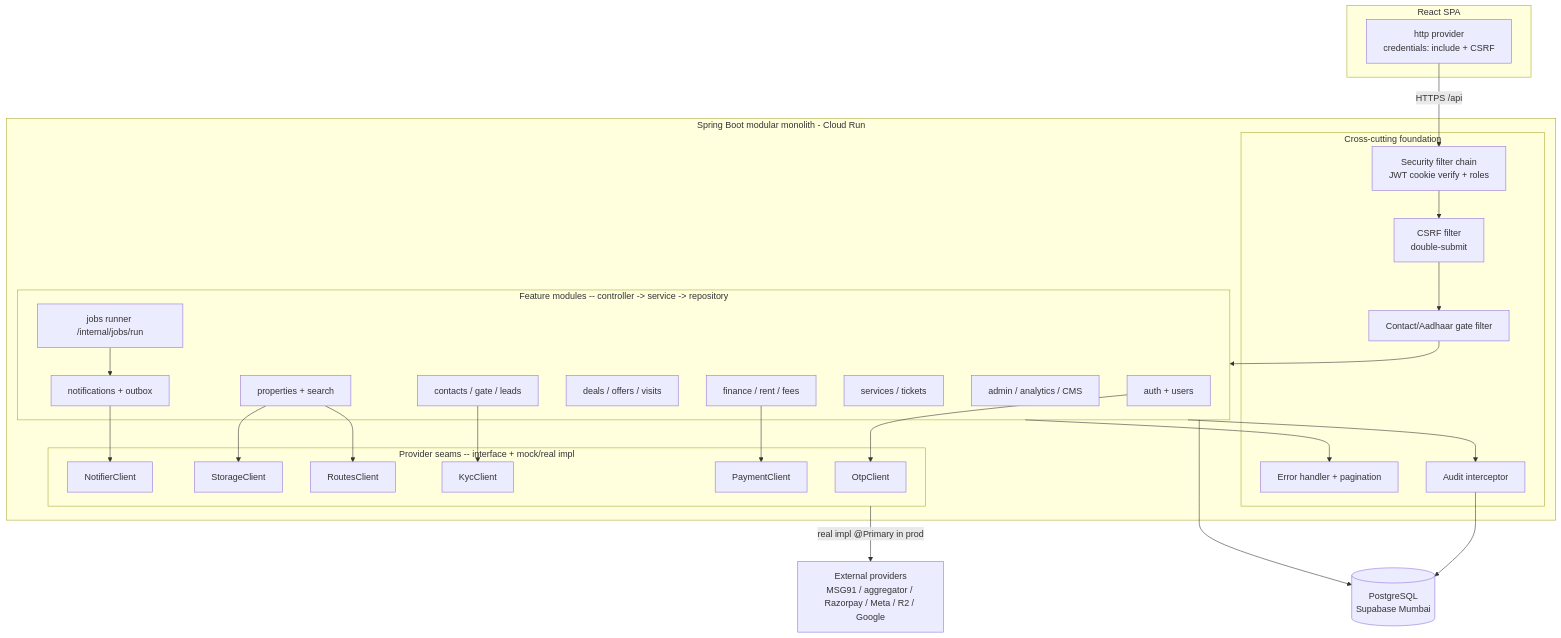
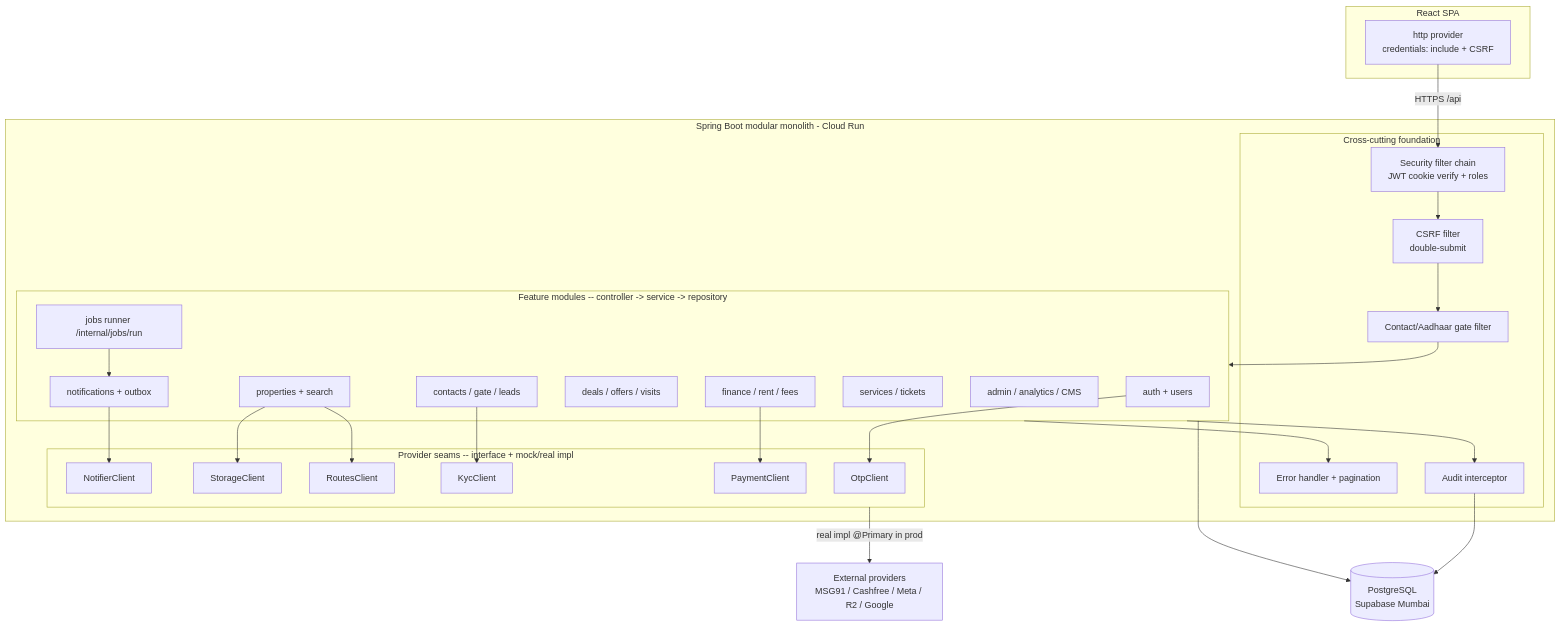
One commit to yatishpatil101/Learning changed the third of 11 diagrams in docs/system/platform-architecture.md. Above: the diagram before and after it, drawn with Mermaid. The commit also changed other lines of this file and 448 other files, not shown here.

````diff
--- a/docs/system/platform-architecture.md
+++ b/docs/system/platform-architecture.md
@@ -264,53 +264,53 @@
 ```mermaid
 graph TB
     subgraph SPA[React SPA]
         HTTP[http provider<br/>credentials: include + CSRF]
     end
 
     subgraph API[Spring Boot modular monolith - Cloud Run]
         subgraph XC[Cross-cutting foundation]
             SEC[Security filter chain<br/>JWT cookie verify + roles]
             CSRF[CSRF filter<br/>double-submit]
             GATE[Contact/Aadhaar gate filter]
             ERR[Error handler + pagination]
             AUD[Audit interceptor]
         end
 
         subgraph FEAT[Feature modules -- controller -> service -> repository]
             AUTHM[auth + users]
             PROP[properties + search]
             CONTACT[contacts / gate / leads]
             DEALS[deals / offers / visits]
             FIN[finance / rent / fees]
             SVC[services / tickets]
             ADMIN[admin / analytics / CMS]
             NOTIF[notifications + outbox]
             JOBS[jobs runner /internal/jobs/run]
         end
 
         subgraph SEAMS[Provider seams -- interface + mock/real impl]
             OTPC[OtpClient]
             KYCC[KycClient]
             PAYC[PaymentClient]
             NOTC[NotifierClient]
             STOC[StorageClient]
             MAPC[RoutesClient]
         end
     end
 
     DB[(PostgreSQL<br/>Supabase Mumbai)]
-    EXT[External providers<br/>MSG91 / aggregator / Razorpay / Meta / R2 / Google]
+    EXT[External providers<br/>MSG91 / Cashfree / Meta / R2 / Google]
 
     HTTP -->|HTTPS /api| SEC --> CSRF --> GATE --> FEAT
     FEAT --> ERR
     FEAT --> AUD --> DB
     FEAT --> DB
     AUTHM --> OTPC
     CONTACT --> KYCC
     FIN --> PAYC
     NOTIF --> NOTC
     PROP --> STOC
     PROP --> MAPC
     JOBS --> NOTIF
     SEAMS -->|real impl @Primary in prod| EXT
 ```
````
